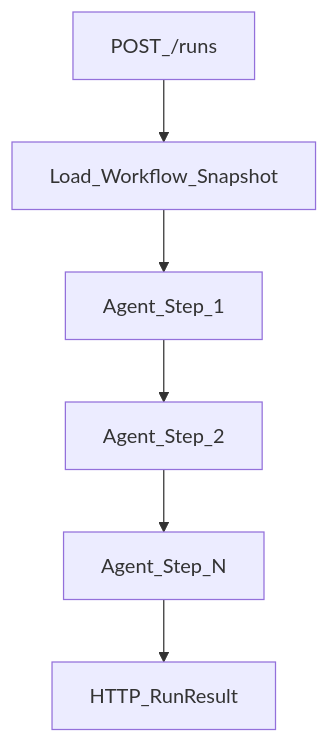
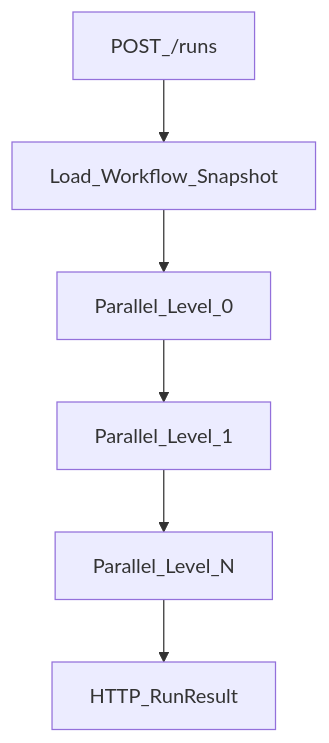
Before and after one commit to yuanjungod/DD_project: the second of 2 diagrams in docs/architecture.md, drawn with Mermaid. The commit also changed other lines of this file and 37 other files, not shown here.

````diff
--- a/docs/architecture.md
+++ b/docs/architecture.md
@@ -83,8 +83,8 @@
 ```mermaid
 flowchart TD
   Start[POST_/runs] --> LoadSnapshot[Load_Workflow_Snapshot]
-  LoadSnapshot --> Step1[Agent_Step_1]
-  Step1 --> Step2[Agent_Step_2]
-  Step2 --> StepN[Agent_Step_N]
-  StepN --> Respond[HTTP_RunResult]
+  LoadSnapshot --> Level0[Parallel_Level_0]
+  Level0 --> Level1[Parallel_Level_1]
+  Level1 --> LevelN[Parallel_Level_N]
+  LevelN --> Respond[HTTP_RunResult]
 ```
````
